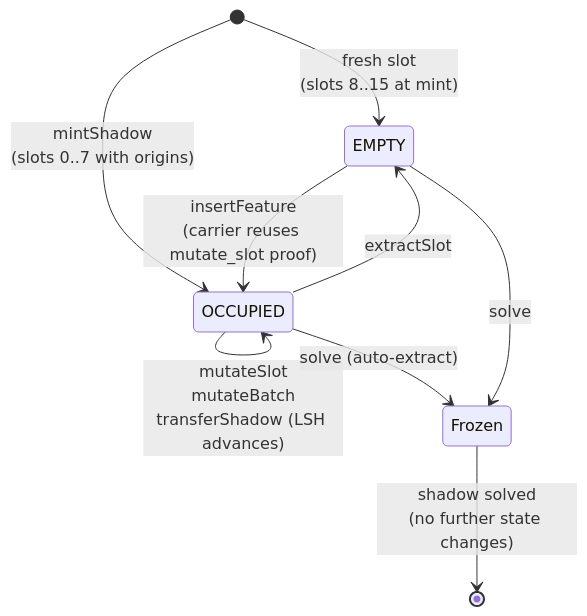
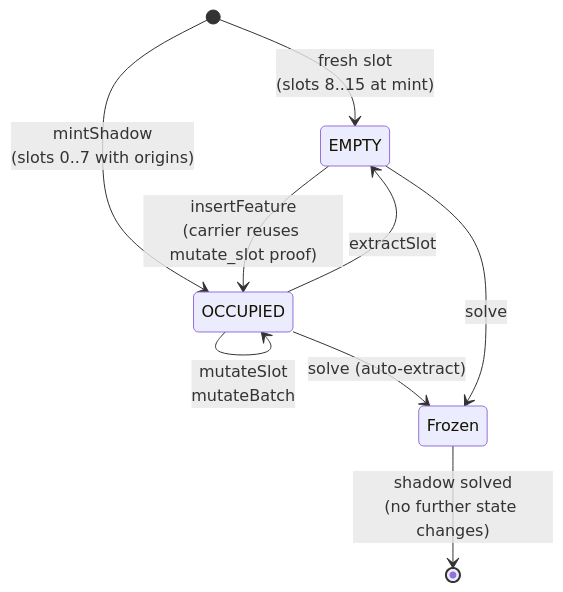
One commit to LPSCRYPT/moist_cryptography changed the third of 6 diagrams in docs/V2_FLOW.md. Above: the diagram before and after it, drawn with Mermaid. The commit also changed other lines of this file and 15 other files, not shown here.

````diff
--- a/docs/V2_FLOW.md
+++ b/docs/V2_FLOW.md
@@ -133,11 +133,11 @@
 ```mermaid
 stateDiagram-v2
     [*] --> EMPTY: fresh slot<br/>(slots 8..15 at mint)
     [*] --> OCCUPIED: mintShadow<br/>(slots 0..7 with origins)
     EMPTY --> OCCUPIED: insertFeature<br/>(carrier reuses mutate_slot proof)
-    OCCUPIED --> OCCUPIED: mutateSlot<br/>mutateBatch<br/>transferShadow (LSH advances)
+    OCCUPIED --> OCCUPIED: mutateSlot<br/>mutateBatch
     OCCUPIED --> EMPTY: extractSlot
     OCCUPIED --> Frozen: solve (auto-extract)
     EMPTY --> Frozen: solve
     Frozen --> [*]: shadow solved<br/>(no further state changes)
 ```
````
